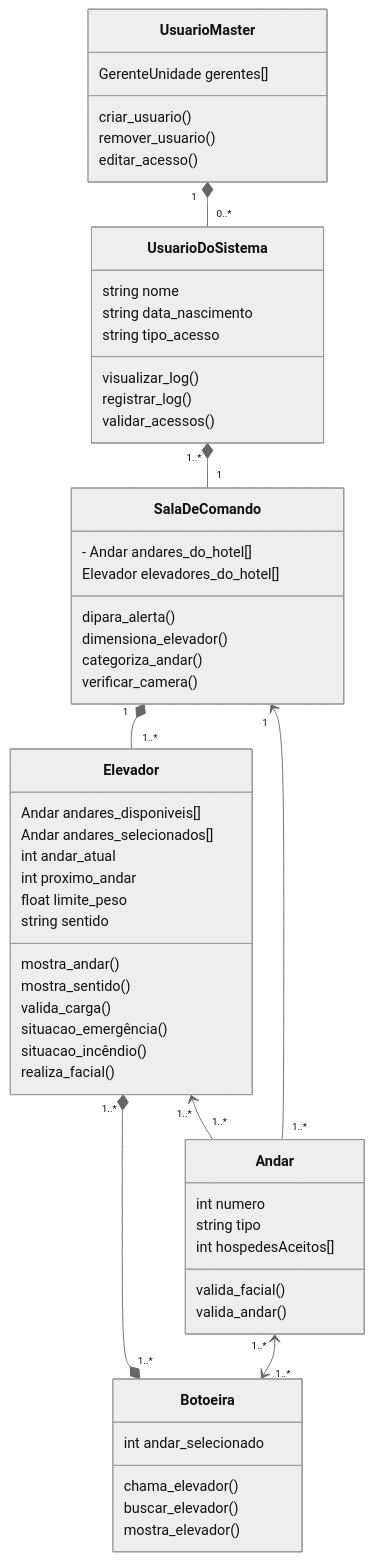
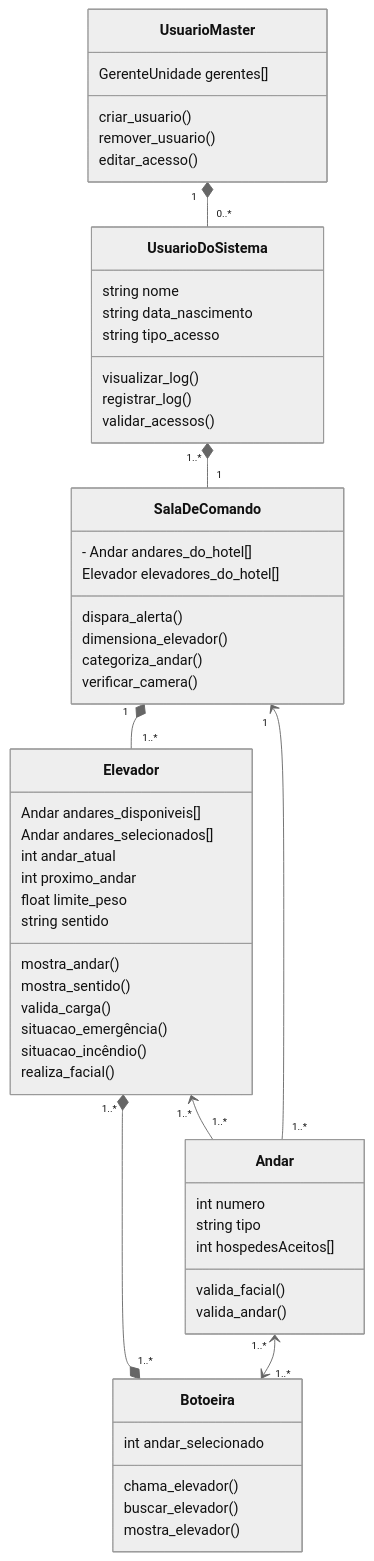
One commit to HenriqueFinatti/Modelagem_De_Software_Projeto_2 changed the diagram in Diagramas/Classes/classes.md. Above: the diagram before and after it, drawn with Mermaid (neutral theme). The commit also changed 16 other files, not shown here.

Commit message:
Diagrama de classes

````diff
--- a/Diagramas/Classes/classes.md
+++ b/Diagramas/Classes/classes.md
@@ -1,66 +1,66 @@
 ```mermaid
 classDiagram
 
 class Elevador{
     Andar andares_disponiveis[]
     Andar andares_selecionados[]
     int andar_atual
     int proximo_andar
     float limite_peso
     string sentido
     mostra_andar()
     mostra_sentido()  
     valida_carga() 
     situacao_emergência()
     situacao_incêndio()   
     realiza_facial()
 }
 
 class Andar{
     int numero
     string tipo
     int hospedesAceitos[]
     valida_facial()
     valida_andar()
 }
 
 class Botoeira{
     int andar_selecionado
     chama_elevador()
     buscar_elevador()
     mostra_elevador()
 }
 
 class UsuarioDoSistema{
     string nome
     string data_nascimento
     string tipo_acesso
     visualizar_log()
     registrar_log()
     validar_acessos()
 }
 
 class SalaDeComando{
     - Andar andares_do_hotel[]
     Elevador elevadores_do_hotel[]
-    dipara_alerta()
+    dispara_alerta()
     dimensiona_elevador()
     categoriza_andar()
     verificar_camera()
 }
 
 class UsuarioMaster{
     GerenteUnidade gerentes[]
     criar_usuario()
     remover_usuario()
     editar_acesso()
 }
 
 UsuarioMaster "1" *-- "0..*" UsuarioDoSistema
 UsuarioDoSistema "1..*" *-- "1" SalaDeComando
 SalaDeComando "1" *-- "1..*" Elevador
 SalaDeComando "1" <-- "1..*" Andar
 Elevador "1..*" *--* "1..*" Botoeira
 Andar "1..*" <--> "1..*" Botoeira
 Elevador "1..*" <-- "1..*" Andar
 ```
````
